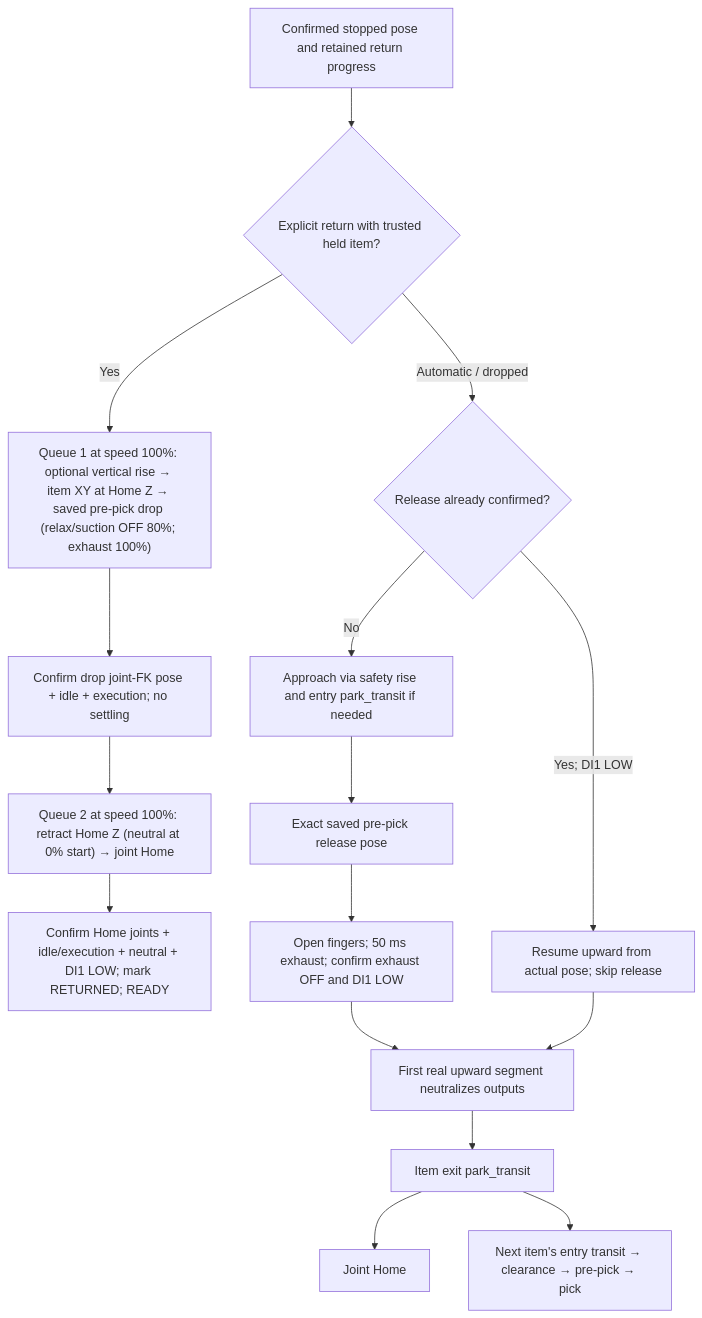
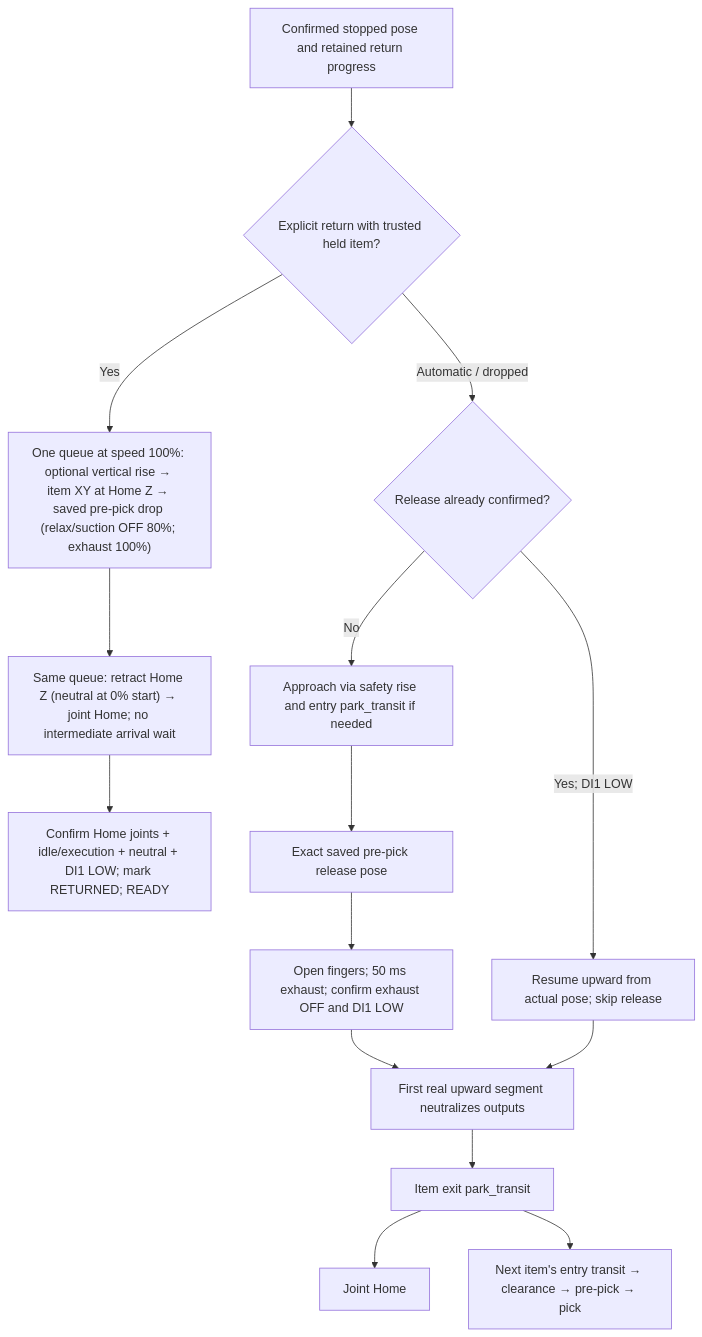
One commit to esgange/dobot_picknplace_yolo changed the ninth of 9 diagrams in docs/ROBOT_CONTROLLER_FSM.md. Above: the diagram before and after it, drawn with Mermaid. The commit also changed other lines of this file and 18 other files, not shown here.

Commit message:
Queue complete return and placement routes without drop waits

````diff
--- a/docs/ROBOT_CONTROLLER_FSM.md
+++ b/docs/ROBOT_CONTROLLER_FSM.md
@@ -901,18 +897,17 @@
 ```mermaid
 flowchart TD
     Start["Confirmed stopped pose and retained return progress"] --> Kind{"Explicit return with trusted held item?"}
-    Kind -->|Yes| Queue["Queue 1 at speed 100%: optional vertical rise → item XY at Home Z → saved pre-pick drop (relax/suction OFF 80%; exhaust 100%)"]
-    Queue --> Drop["Confirm drop joint-FK pose + idle + execution; no settling"]
-    Drop --> Return["Queue 2 at speed 100%: retract Home Z (neutral at 0% start) → joint Home"]
+    Kind -->|Yes| Queue["One queue at speed 100%: optional vertical rise → item XY at Home Z → saved pre-pick drop (relax/suction OFF 80%; exhaust 100%)"]
+    Queue --> Return["Same queue: retract Home Z (neutral at 0% start) → joint Home; no intermediate arrival wait"]
     Return --> Done["Confirm Home joints + idle/execution + neutral + DI1 LOW; mark RETURNED; READY"]
     Kind -->|Automatic / dropped| Released{"Release already confirmed?"}
     Released -->|No| Up["Approach via safety rise and entry park_transit if needed"]
     Up --> Release["Exact saved pre-pick release pose"]
     Release --> Pulse["Open fingers; 50 ms exhaust; confirm exhaust OFF and DI1 LOW"]
     Pulse --> Retreat["First real upward segment neutralizes outputs"]
     Released -->|Yes; DI1 LOW| Resume["Resume upward from actual pose; skip release"]
     Resume --> Retreat
     Retreat --> Exit["Item exit park_transit"]
     Exit --> Home["Joint Home"]
     Exit --> Next["Next item's entry transit → clearance → pre-pick → pick"]
 ```
````
